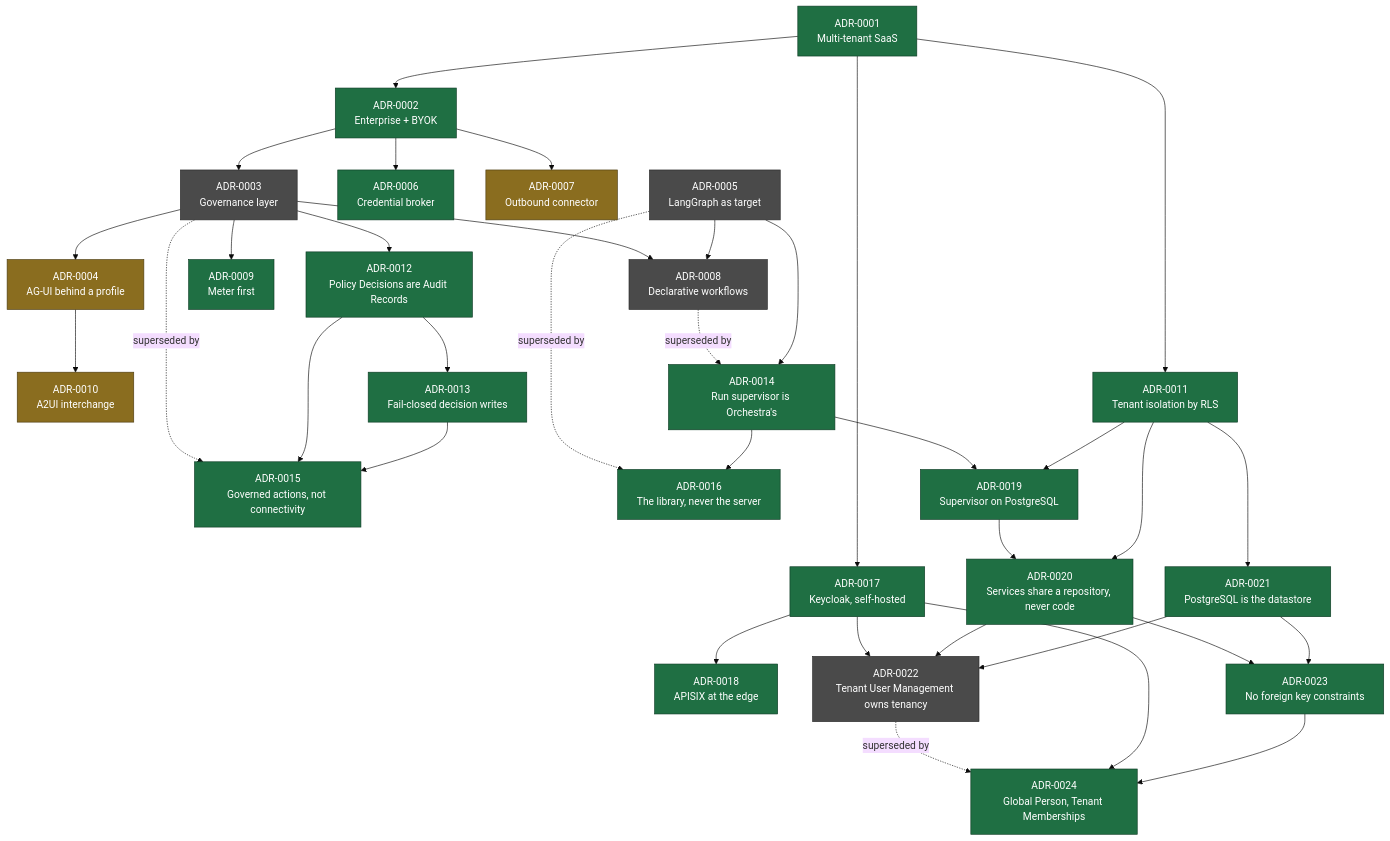
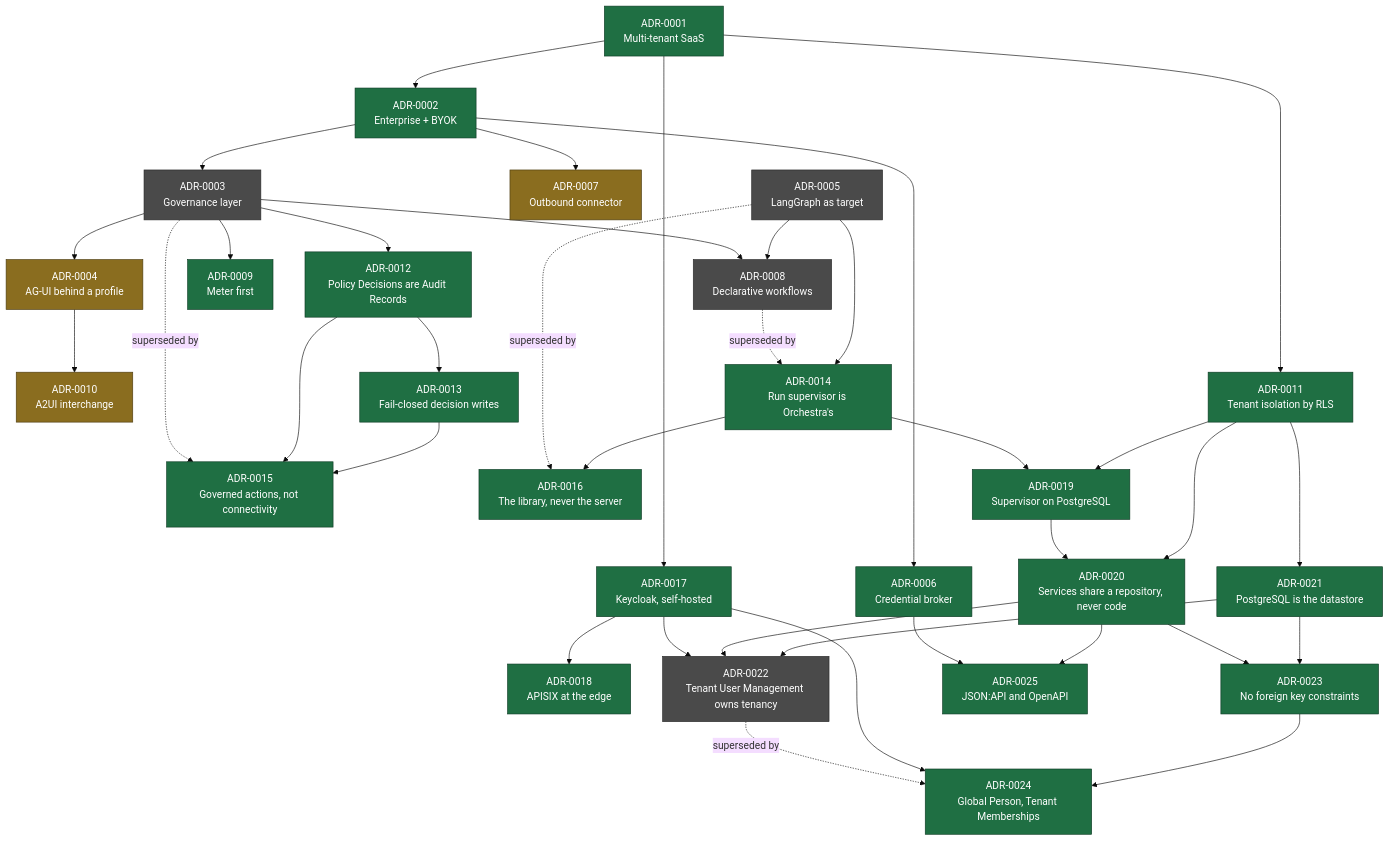
One commit to ayesigapaul/orchestra changed the diagram in docs/adr/README.md. Above: the diagram before and after it, drawn with Mermaid (base theme). The commit also changed other lines of this file and 27 other files, not shown here.

First line of the commit message:
adr(adr): Give every HTTP API one JSON:API contract, documented in OpenAPI (#37)

````diff
--- a/docs/adr/README.md
+++ b/docs/adr/README.md
@@ -57,44 +58,46 @@
 ```mermaid
 flowchart TD
   A1["ADR-0001<br/>Multi-tenant SaaS"] --> A2["ADR-0002<br/>Enterprise + BYOK"]
   A2 --> A3["ADR-0003<br/>Governance layer"]
   A2 --> A6["ADR-0006<br/>Credential broker"]
   A2 --> A7["ADR-0007<br/>Outbound connector"]
   A3 --> A4["ADR-0004<br/>AG-UI behind a profile"]
   A3 --> A8["ADR-0008<br/>Declarative workflows"]
   A3 --> A9["ADR-0009<br/>Meter first"]
   A5["ADR-0005<br/>LangGraph as target"] --> A8
   A4 --> A10["ADR-0010<br/>A2UI interchange"]
   A1 --> A11["ADR-0011<br/>Tenant isolation by RLS"]
   A3 --> A12["ADR-0012<br/>Policy Decisions are Audit Records"]
   A12 --> A13["ADR-0013<br/>Fail-closed decision writes"]
   A8 -.->|superseded by| A14["ADR-0014<br/>Run supervisor is Orchestra's"]
   A5 --> A14
   A3 -.->|superseded by| A15["ADR-0015<br/>Governed actions, not connectivity"]
   A12 --> A15
   A13 --> A15
   A5 -.->|superseded by| A16["ADR-0016<br/>The library, never the server"]
   A14 --> A16
   A1 --> A17["ADR-0017<br/>Keycloak, self-hosted"]
   A17 --> A18["ADR-0018<br/>APISIX at the edge"]
   A14 --> A19["ADR-0019<br/>Supervisor on PostgreSQL"]
   A11 --> A19
   A19 --> A20["ADR-0020<br/>Services share a repository, never code"]
   A11 --> A20
   A11 --> A21["ADR-0021<br/>PostgreSQL is the datastore"]
   A17 --> A22["ADR-0022<br/>Tenant User Management owns tenancy"]
   A20 --> A22
   A21 --> A22
   A20 --> A23["ADR-0023<br/>No foreign key constraints"]
   A21 --> A23
   A22 -.->|superseded by| A24["ADR-0024<br/>Global Person, Tenant Memberships"]
   A17 --> A24
   A23 --> A24
+  A6 --> A25["ADR-0025<br/>JSON:API and OpenAPI"]
+  A20 --> A25
 
   classDef accepted fill:#1f6f43,stroke:#0d3b24,color:#fff;
   classDef proposed fill:#8a6d1f,stroke:#4d3c10,color:#fff;
   classDef superseded fill:#4a4a4a,stroke:#2a2a2a,color:#fff;
-  class A1,A2,A6,A9,A11,A12,A13,A14,A15,A16,A17,A18,A19,A20,A21,A23,A24 accepted;
+  class A1,A2,A6,A9,A11,A12,A13,A14,A15,A16,A17,A18,A19,A20,A21,A23,A24,A25 accepted;
   class A4,A7,A10 proposed;
   class A3,A5,A8,A22 superseded;
 ```
````
